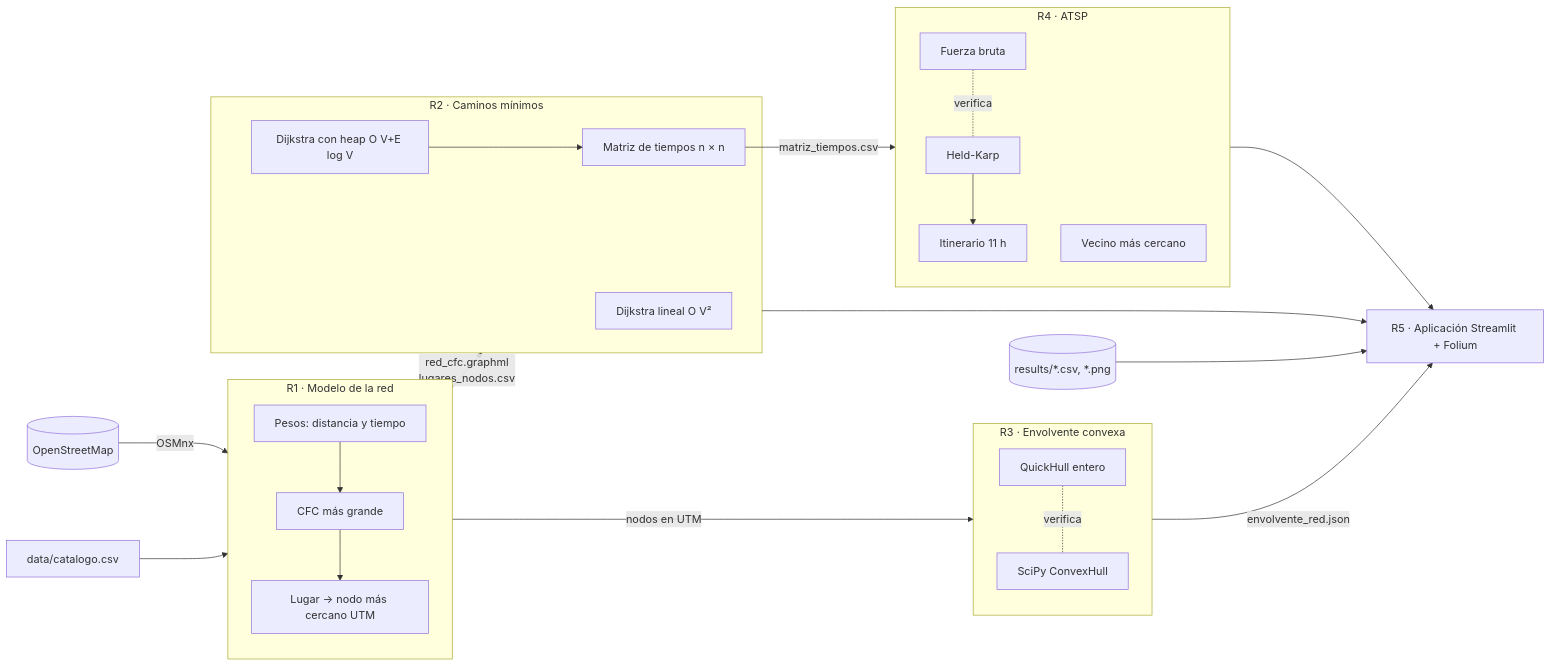
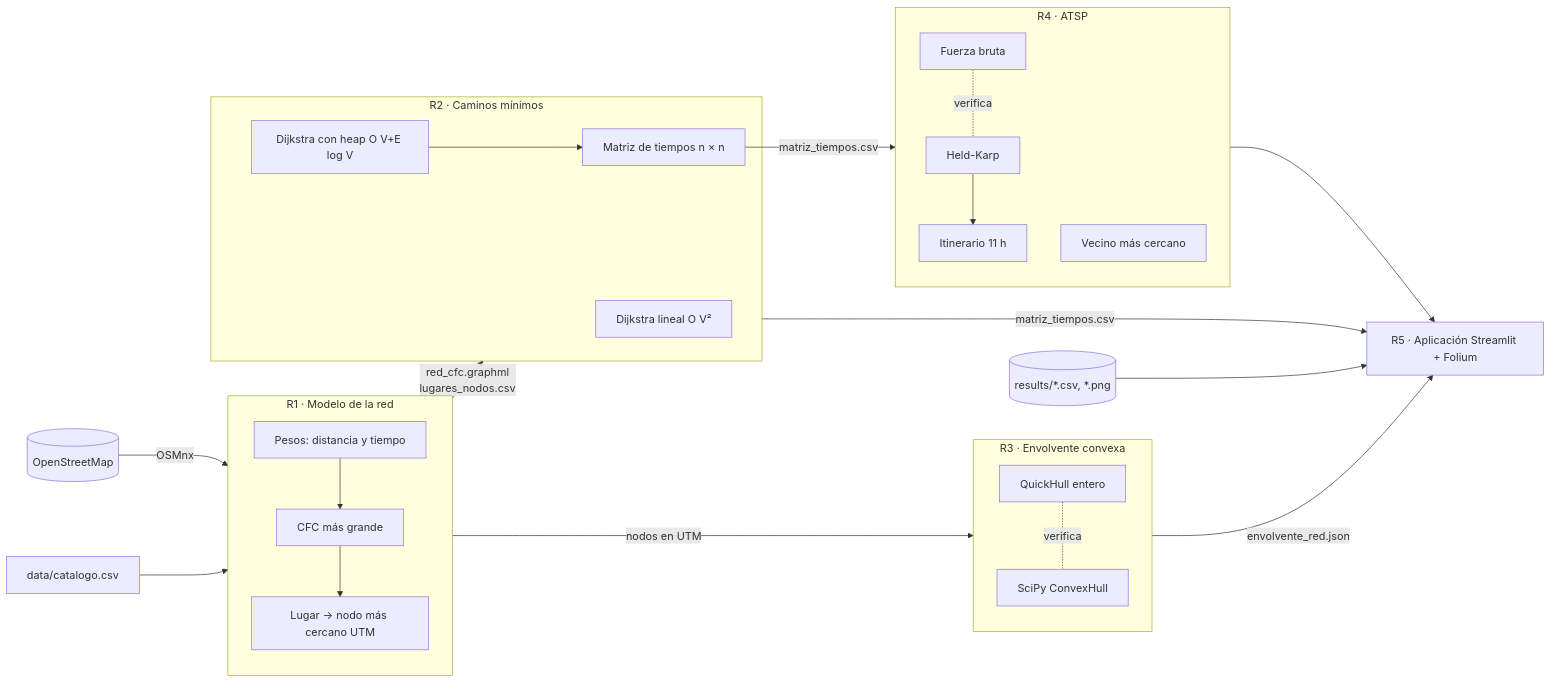
The diagram in docs/arquitectura.md (JuamchoOrion/rutas-quindio), drawn with Mermaid before and after one commit. The commit also changed other lines of this file and 5 other files, not shown here.

````diff
--- a/docs/arquitectura.md
+++ b/docs/arquitectura.md
@@ -6,36 +6,36 @@
 ```mermaid
 flowchart LR
     OSM[(OpenStreetMap)] -->|OSMnx| R1
     CAT[data/catalogo.csv] --> R1
 
     subgraph R1[R1 · Modelo de la red]
         W[Pesos: distancia y tiempo] --> SCC[CFC más grande]
         SCC --> ASSOC[Lugar → nodo más cercano UTM]
     end
 
     R1 -->|red_cfc.graphml<br/>lugares_nodos.csv| R2
     R1 -->|nodos en UTM| R3
 
     subgraph R2[R2 · Caminos mínimos]
         DL[Dijkstra lineal O V²]
         DH[Dijkstra con heap O V+E log V]
         DH --> M[Matriz de tiempos n × n]
     end
 
     subgraph R3[R3 · Envolvente convexa]
         QH[QuickHull entero] -.verifica.- SP[SciPy ConvexHull]
     end
 
     M -->|matriz_tiempos.csv| R4
     subgraph R4[R4 · ATSP]
         BF[Fuerza bruta] -.verifica.- HK[Held-Karp]
         NN[Vecino más cercano]
         HK --> DAY[Itinerario 11 h]
     end
 
-    R2 --> R5
+    R2 -->|matriz_tiempos.csv| R5
     R3 -->|envolvente_red.json| R5
     R4 --> R5
     RES[(results/*.csv, *.png)] --> R5
     R5[R5 · Aplicación Streamlit + Folium]
 ```
````
